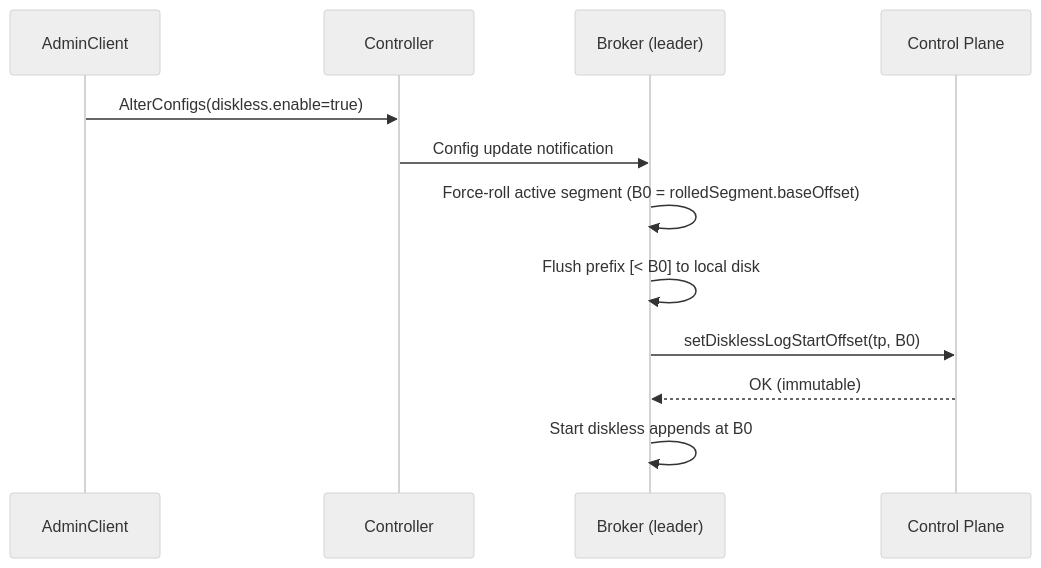
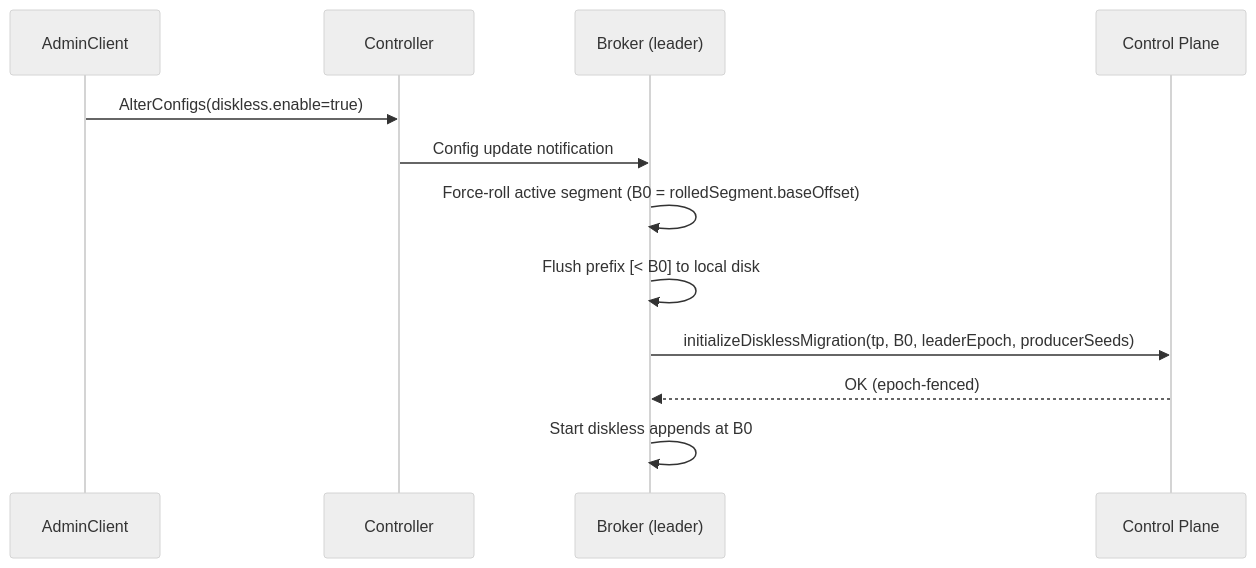
The first of 4 diagrams in docs/inkless/ts-unification/MIGRATION_TIERED_TO_DISKLESS.md (aiven/inkless), drawn with Mermaid (neutral theme) before and after one commit. The commit also changed other lines of this file, not shown here.

Commit message:
fixup! Migration from tiered to diskless design draft

````diff
--- a/docs/inkless/ts-unification/MIGRATION_TIERED_TO_DISKLESS.md
+++ b/docs/inkless/ts-unification/MIGRATION_TIERED_TO_DISKLESS.md
@@ -126,15 +132,15 @@
 ```mermaid
 sequenceDiagram
   participant Admin as AdminClient
   participant Controller as Controller
   participant Broker as Broker (leader)
   participant CP as Control Plane
 
   Admin->>Controller: AlterConfigs(diskless.enable=true)
   Controller->>Broker: Config update notification
   Broker->>Broker: Force-roll active segment (B0 = rolledSegment.baseOffset)
   Broker->>Broker: Flush prefix [< B0] to local disk
-  Broker->>CP: setDisklessLogStartOffset(tp, B0)
-  CP-->>Broker: OK (immutable)
+  Broker->>CP: initializeDisklessMigration(tp, B0, leaderEpoch, producerSeeds)
+  CP-->>Broker: OK (epoch-fenced)
   Broker->>Broker: Start diskless appends at B0
 ```
````
